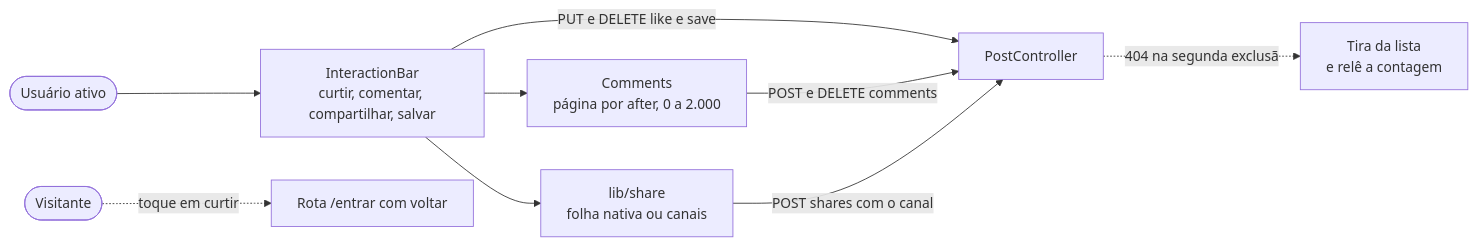
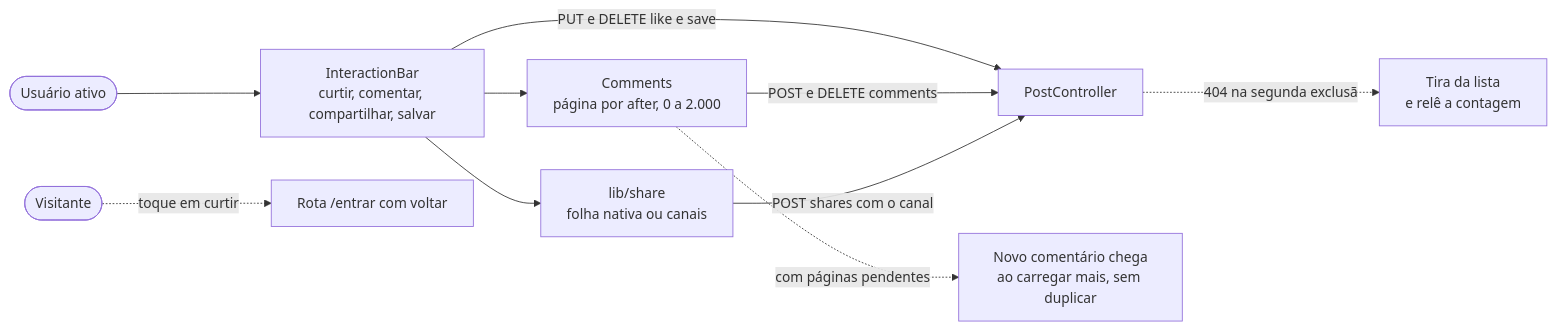
The seventh of 7 diagrams in docs/rf/RF26-interacoes-post.md (MatheusHaliski/orange_social_velion), drawn with Mermaid before and after one commit. The commit also changed other lines of this file and 5 other files, not shown here.

First line of the commit message:
Web: sair que falha não desloga; comentário novo não duplica com páginas pendentes

````diff
--- a/docs/rf/RF26-interacoes-post.md
+++ b/docs/rf/RF26-interacoes-post.md
@@ -248,11 +253,12 @@
 ```mermaid
 flowchart LR
     U([Usuário ativo]) --> BAR["InteractionBar<br/>curtir, comentar, compartilhar, salvar"]
     BAR -->|PUT e DELETE like e save| API[PostController]
     BAR --> COM["Comments<br/>página por after, 0 a 2.000"]
     COM -->|POST e DELETE comments| API
+    COM -.com páginas pendentes.-> FIM["Novo comentário chega<br/>ao carregar mais, sem duplicar"]
     API -.404 na segunda exclusão.-> SOME["Tira da lista<br/>e relê a contagem"]
     BAR --> SH["lib/share<br/>folha nativa ou canais"]
     SH -->|POST shares com o canal| API
     V([Visitante]) -.toque em curtir.-> LOGIN["Rota /entrar com voltar"]
 ```
````
